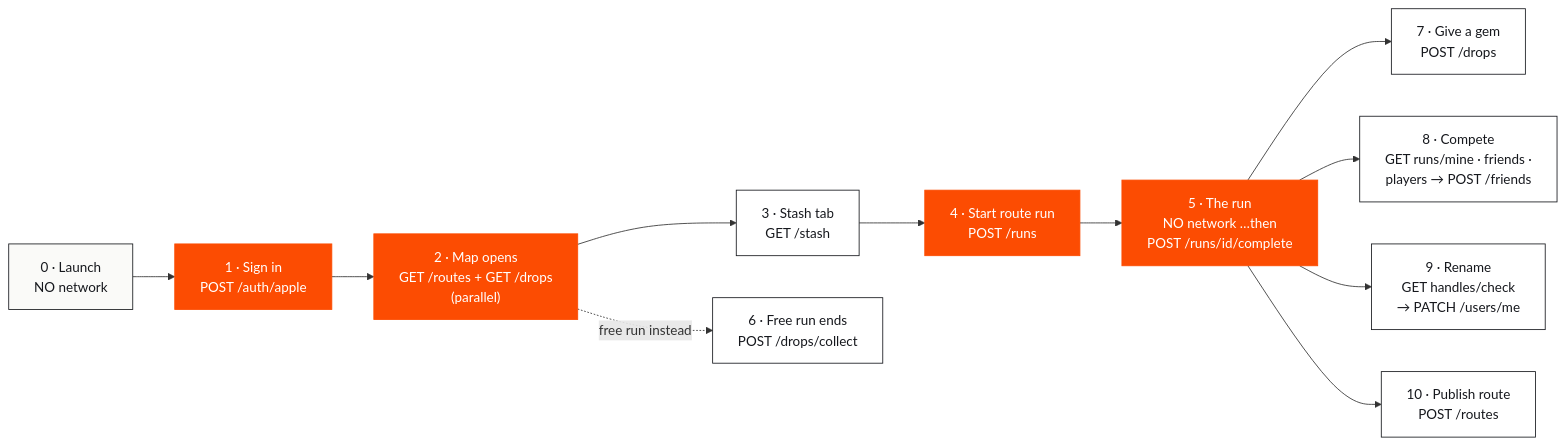
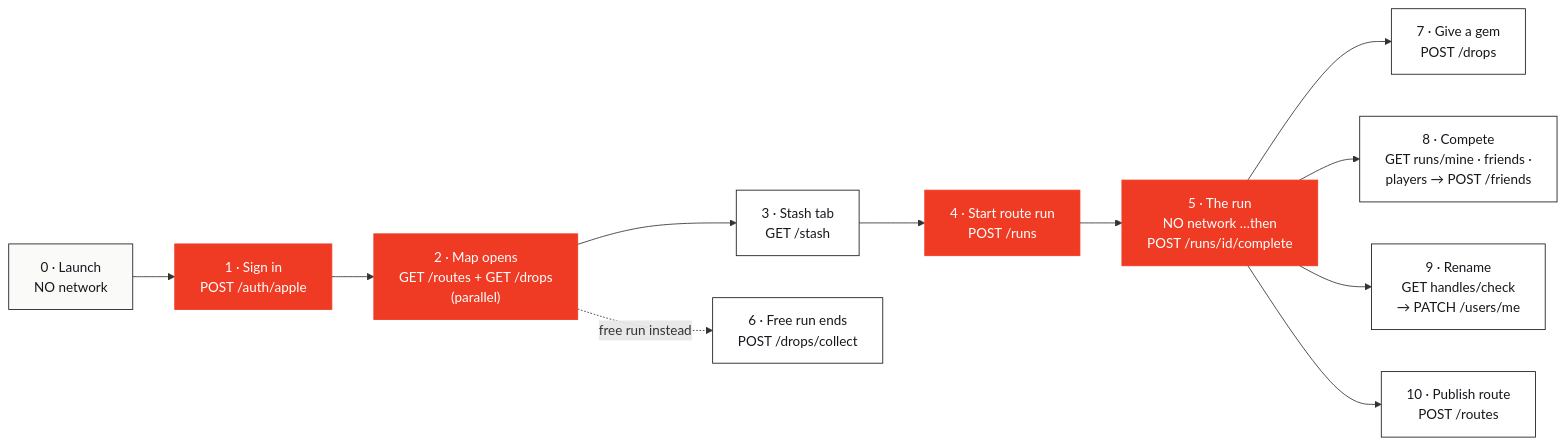
Before and after one commit to Ifthikar20/project-gr: the first of 2 diagrams in docs/17-wire-trace.md, drawn with Mermaid. The commit also changed other lines of this file and 6 other files, not shown here.

````diff
--- a/docs/17-wire-trace.md
+++ b/docs/17-wire-trace.md
@@ -23,20 +23,20 @@
 ```mermaid
 flowchart LR
     M0["0 · Launch<br/>NO network"]:::snow
     M1["1 · Sign in<br/>POST /auth/apple"]:::pulse
     M2["2 · Map opens<br/>GET /routes + GET /drops<br/>(parallel)"]:::pulse
     M3["3 · Stash tab<br/>GET /stash"]:::card
     M4["4 · Start route run<br/>POST /runs"]:::pulse
     M5["5 · The run<br/>NO network …then<br/>POST /runs/id/complete"]:::pulse
     M6["6 · Free run ends<br/>POST /drops/collect"]:::card
     M7["7 · Give a gem<br/>POST /drops"]:::card
     M8["8 · Compete<br/>GET runs/mine · friends ·<br/>players → POST /friends"]:::card
     M9["9 · Rename<br/>GET handles/check<br/>→ PATCH /users/me"]:::card
     M10["10 · Publish route<br/>POST /routes"]:::card
     M0 --> M1 --> M2 --> M3 --> M4 --> M5
     M2 -.->|"free run instead"| M6
     M5 --> M7 & M8 & M9 & M10
     classDef snow fill:#FAFAF8,stroke:#16181D,color:#16181D
-    classDef pulse fill:#FC4C02,stroke:#FC4C02,color:#FFFFFF
+    classDef pulse fill:#EF3B23,stroke:#EF3B23,color:#FFFFFF
     classDef card fill:#FFFFFF,stroke:#16181D,color:#16181D
 ```
````
